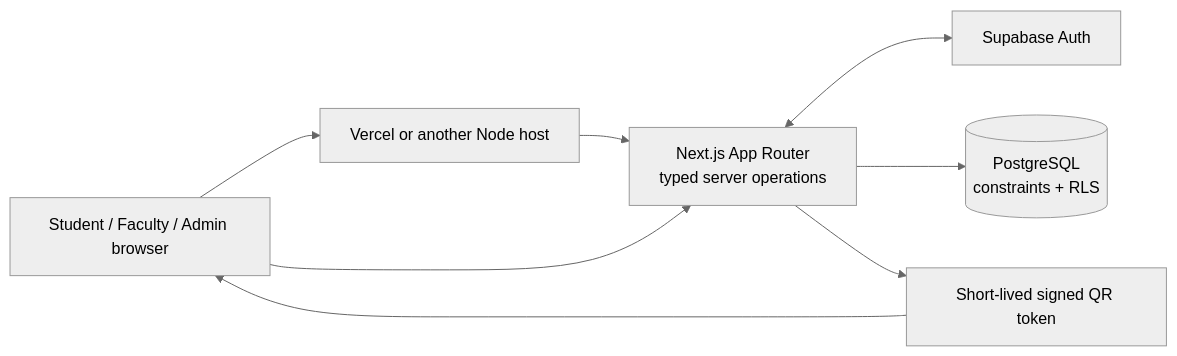
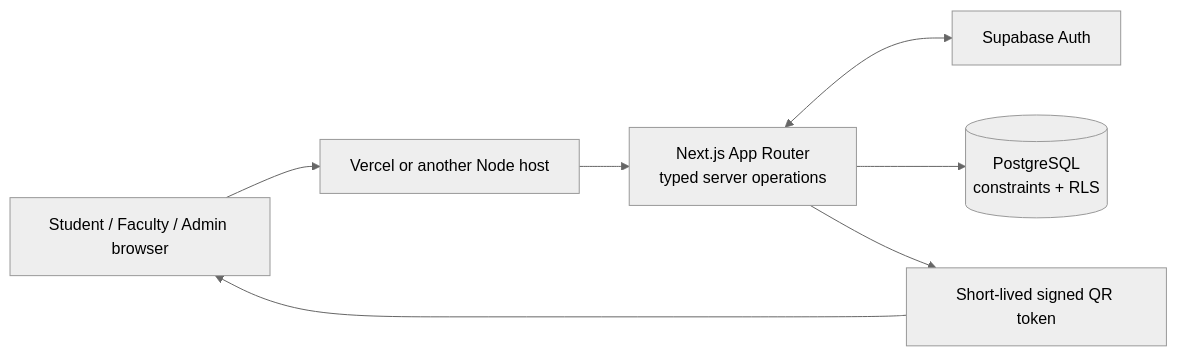
One commit to SRY1X/sams-v2 changed the diagram in README.md. Above: the diagram before and after it, drawn with Mermaid (neutral theme). The commit also changed other lines of this file and 15 other files, not shown here.

````diff
--- a/README.md
+++ b/README.md
@@ -32,17 +153,13 @@
 ```mermaid
 flowchart LR
   Browser[Student / Faculty / Admin browser]
+  Hosting[Vercel or another Node host]
   App[Next.js App Router<br/>typed server operations]
   Auth[Supabase Auth]
   DB[(PostgreSQL<br/>constraints + RLS)]
   QR[Short-lived signed QR token]
-  Hosting[Vercel or another Node host]
-
-  Browser --> Hosting
-  Hosting --> App
+  Browser --> Hosting --> App
   App <--> Auth
   App --> DB
-  App --> QR
-  QR --> Browser
-  Browser --> App
+  App --> QR --> Browser
 ```
````
